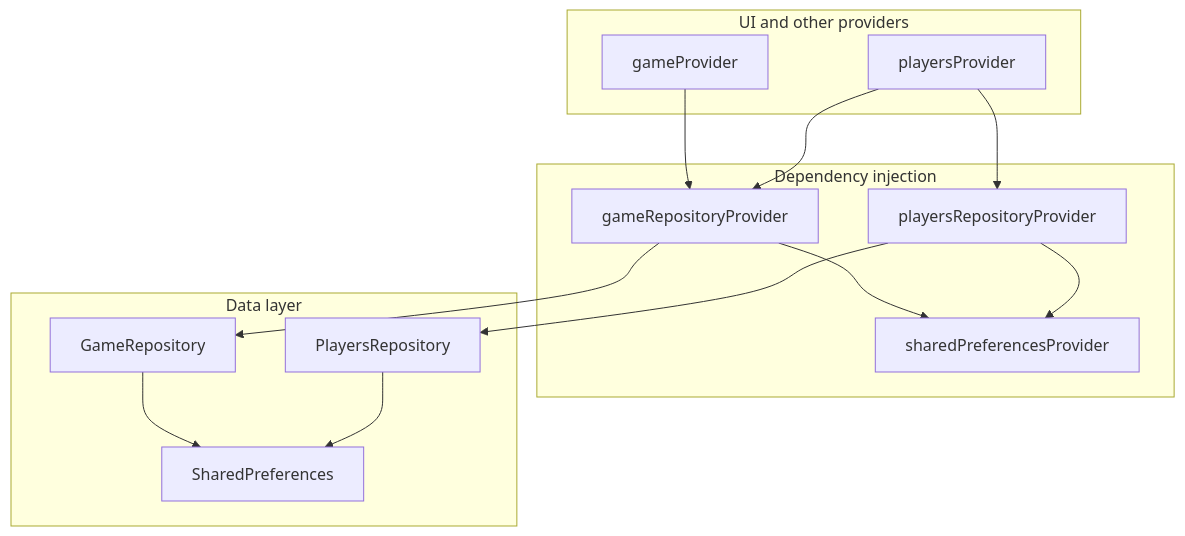
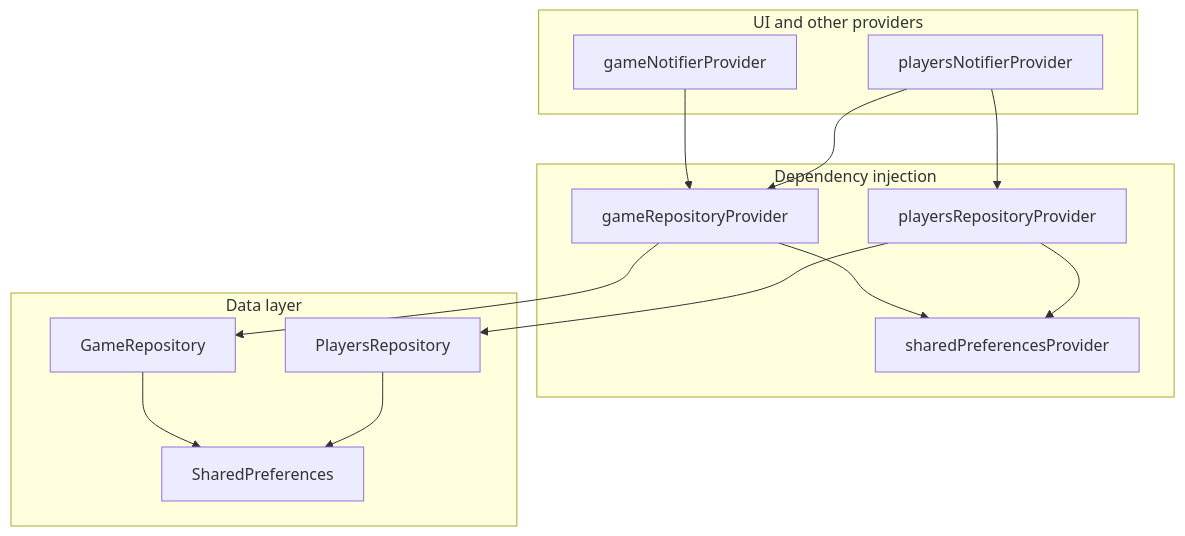
Before and after one commit to freemansoft/fs-game-score: the diagram in docs/State-Management.md, drawn with Mermaid. The commit also changed other lines of this file and 11 other files, not shown here.

````diff
--- a/docs/State-Management.md
+++ b/docs/State-Management.md
@@ -70,26 +70,26 @@
 ```mermaid
 flowchart TB
   subgraph ui [UI and other providers]
-    gameProvider
-    playersProvider
+    gameNotifierProvider
+    playersNotifierProvider
   end
   subgraph di [Dependency injection]
     gameRepositoryProvider
     playersRepositoryProvider
     sharedPreferencesProvider
   end
   subgraph data [Data layer]
     GameRepository
     PlayersRepository
     Prefs[SharedPreferences]
   end
-  gameProvider --> gameRepositoryProvider
-  playersProvider --> gameRepositoryProvider
-  playersProvider --> playersRepositoryProvider
+  gameNotifierProvider --> gameRepositoryProvider
+  playersNotifierProvider --> gameRepositoryProvider
+  playersNotifierProvider --> playersRepositoryProvider
   gameRepositoryProvider --> GameRepository
   playersRepositoryProvider --> PlayersRepository
   gameRepositoryProvider --> sharedPreferencesProvider
   playersRepositoryProvider --> sharedPreferencesProvider
   GameRepository --> Prefs
   PlayersRepository --> Prefs
 ```
````
